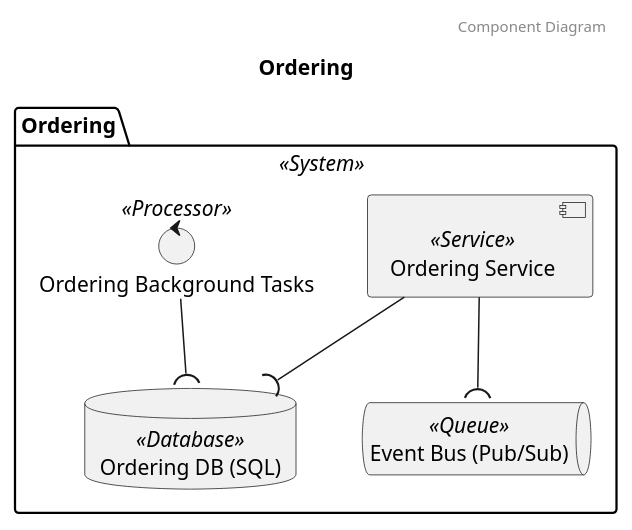
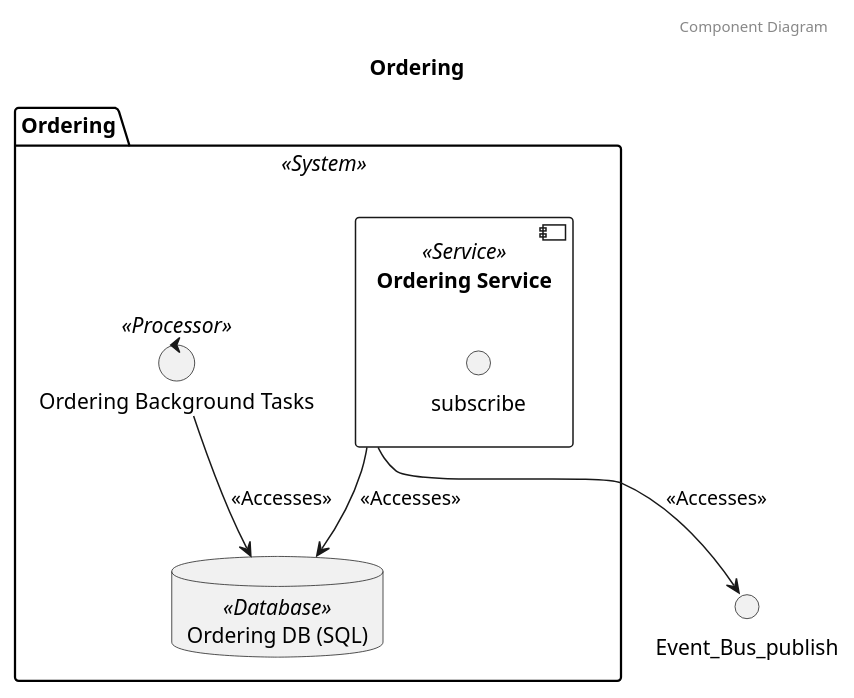
Before and after one commit to garrettsutula/example-trellis-project: the third of 3 diagrams in diagrams/systems/Ordering.puml, drawn with PlantUML. The commit also changed other lines of this file and 29 other files, not shown here.

Commit message:
Update deps, diagram examples

```diff
--- a/diagrams/systems/Ordering.puml
+++ b/diagrams/systems/Ordering.puml
@@ -40,13 +43,14 @@
 @startuml Component Diagram Ordering
 header Component Diagram
 title Ordering
 package "Ordering" as Ordering_package <<System>>{
-	component "Ordering Service" as Ordering_Service <<Service>>
-	control "Ordering Background Tasks" as Ordering_Background_Tasks <<Processor>>
-	database "Ordering DB (SQL)" as Ordering_DB_SQL <<Database>>
-	queue "Event Bus (Pub/Sub)" as Event_Bus_Pub_Sub <<Queue>>
+	component "Ordering Service" as Ordering_Ordering_Service <<Service>> {
+		interface "subscribe" as subscribe
+	}
+	control "Ordering Background Tasks" as Ordering_Ordering_Background_Tasks <<Processor>>
+	database "Ordering DB (SQL)" as Ordering_Ordering_DB_SQL <<Database>>
 }
-	Ordering_Service -down-( Ordering_DB_SQL
-	Ordering_Background_Tasks -down-( Ordering_DB_SQL
-	Ordering_Service -down-( Event_Bus_Pub_Sub
+	Ordering_Ordering_Service -down-> Ordering_Ordering_DB_SQL: <<Accesses>>
+	Ordering_Ordering_Background_Tasks -down-> Ordering_Ordering_DB_SQL: <<Accesses>>
+	Ordering_Ordering_Service -down-> Event_Bus_publish: <<Accesses>>
 @enduml
```
